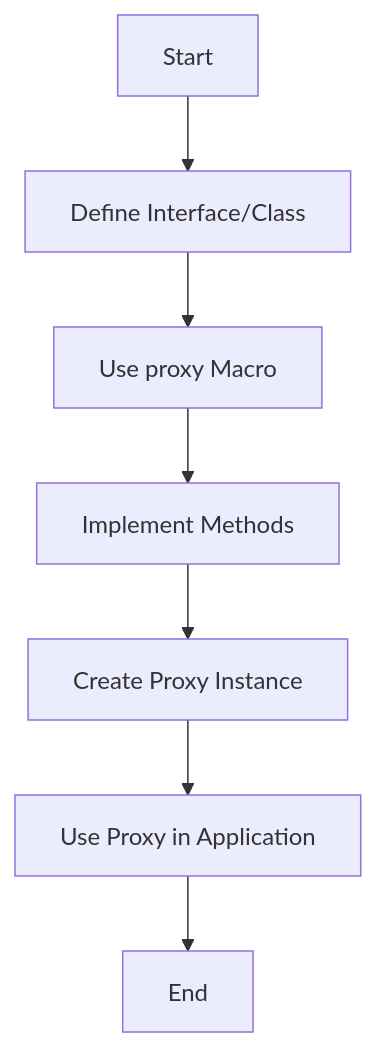
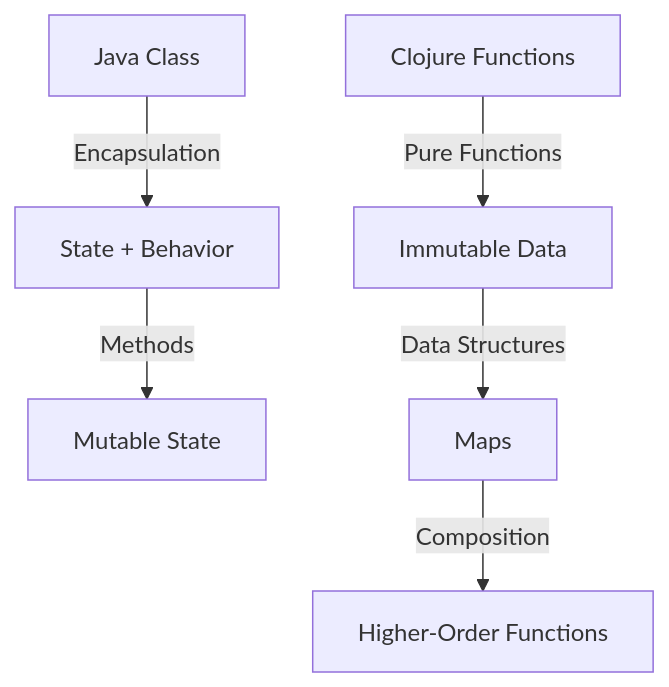
Before and after one commit to MasteryEducation/ClojureForJava.com: the diagram in content/1/11/4/1/index.md, drawn with Mermaid. The commit also changed other lines of this file and 915 other files, not shown here.

````diff
--- a/content/1/11/4/1/index.md
+++ b/content/1/11/4/1/index.md
@@ -139,9 +182,8 @@
 ```mermaid
-flowchart TD
-    A[Start] --> B[Define Interface/Class]
-    B --> C[Use proxy Macro]
-    C --> D[Implement Methods]
-    D --> E[Create Proxy Instance]
-    E --> F[Use Proxy in Application]
-    F --> G[End]
+graph TD;
+    A[Java Class] -->|Encapsulation| B[State + Behavior];
+    B -->|Methods| C[Mutable State];
+    D[Clojure Functions] -->|Pure Functions| E[Immutable Data];
+    E -->|Data Structures| F[Maps];
+    F -->|Composition| G[Higher-Order Functions];
 ```
````
